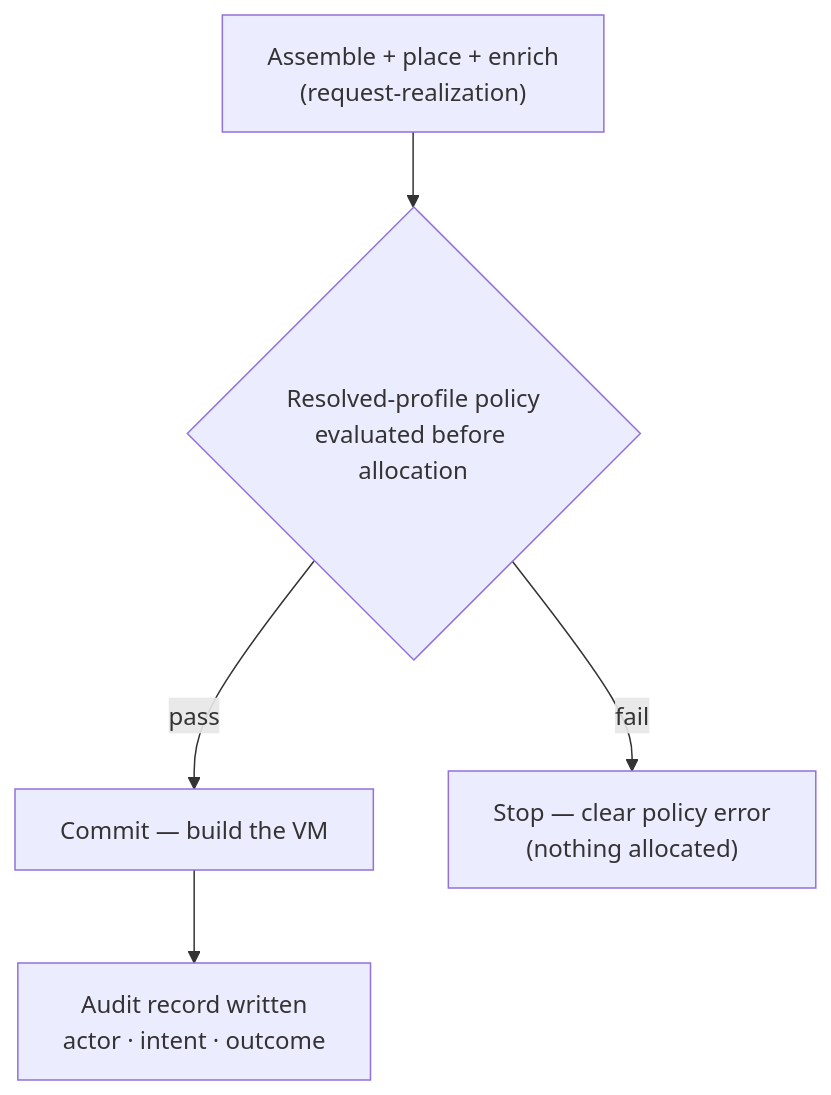
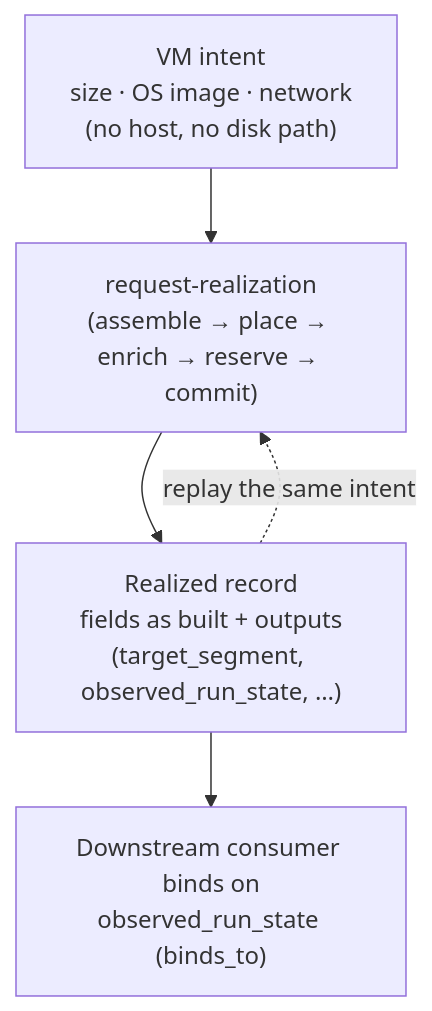
One commit to croadfeldt/udlm changed the diagram in docs/flows/uc-03-vm-standard-provision.md. Above: the diagram before and after it, drawn with Mermaid. The commit also changed other lines of this file and 22 other files, not shown here.

````diff
--- a/docs/flows/uc-03-vm-standard-provision.md
+++ b/docs/flows/uc-03-vm-standard-provision.md
@@ -25,7 +17,7 @@
 ```mermaid
 flowchart TD
-  A["Assemble + place + enrich<br/>(request-realization)"] --> V{"Resolved-profile policy<br/>evaluated before allocation"}
-  V -- pass --> C["Commit — build the VM"]
-  V -- fail --> X["Stop — clear policy error<br/>(nothing allocated)"]
-  C --> AU["Audit record written<br/>actor · intent · outcome"]
+  I["VM intent<br/>size · OS image · network<br/>(no host, no disk path)"] --> RR["request-realization<br/>(assemble → place → enrich → reserve → commit)"]
+  RR --> R["Realized record<br/>fields as built + outputs<br/>(target_segment, observed_run_state, …)"]
+  R --> B["Downstream consumer binds on<br/>observed_run_state (binds_to)"]
+  R -. "replay the same intent" .-> RR
 ```
````
